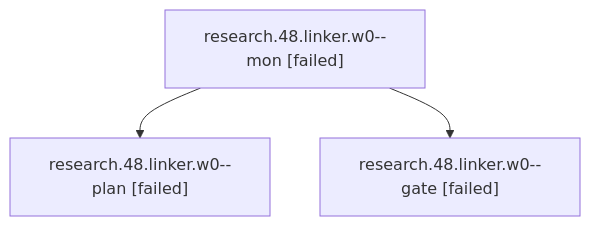
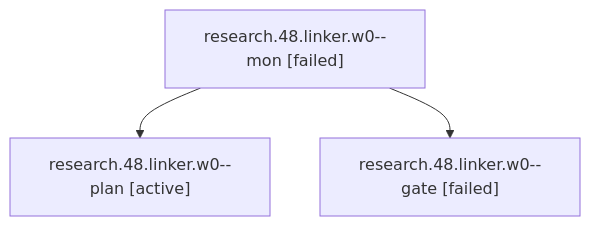
Before and after one commit to bobs-org/bob-cli--agents: the diagram in sessions/bbugyi200.athena.research.48.linker.w0.md, drawn with Mermaid. The commit also changed other lines of this file and 274 other files, not shown here.

````diff
--- a/sessions/bbugyi200.athena.research.48.linker.w0.md
+++ b/sessions/bbugyi200.athena.research.48.linker.w0.md
@@ -9,8 +9,8 @@
 ```mermaid
 flowchart TD
   n0["research.48.linker.w0--mon [failed]"]
-  n1["research.48.linker.w0--plan [failed]"]
+  n1["research.48.linker.w0--plan [active]"]
   n0 --> n1
   n2["research.48.linker.w0--gate [failed]"]
   n0 --> n2
 ```
````
